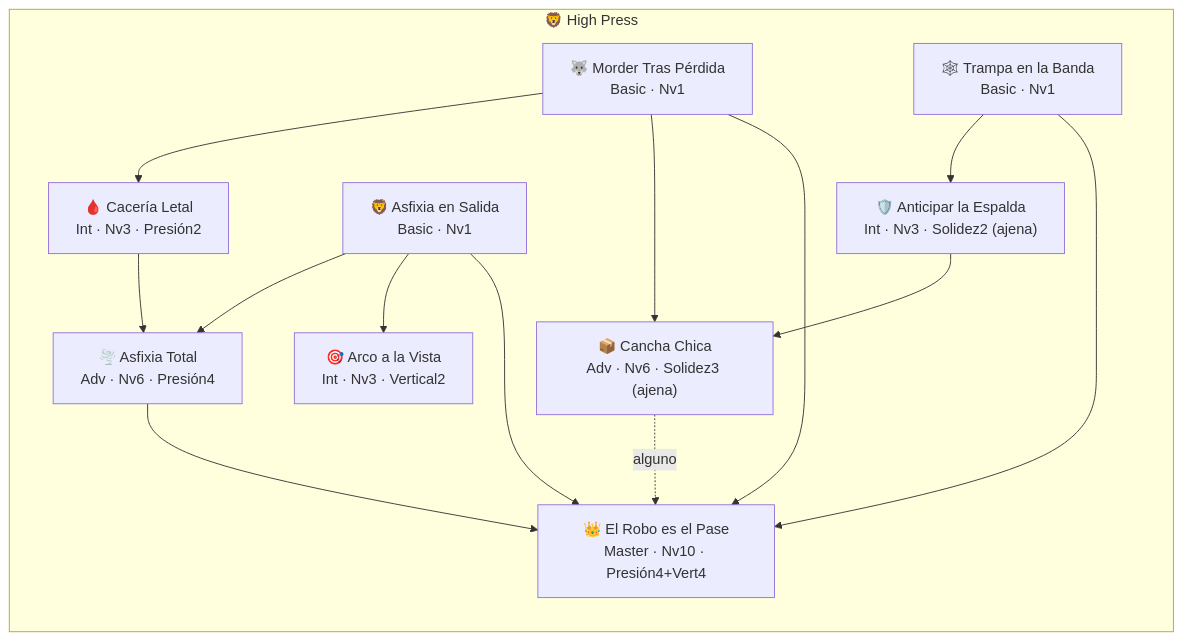
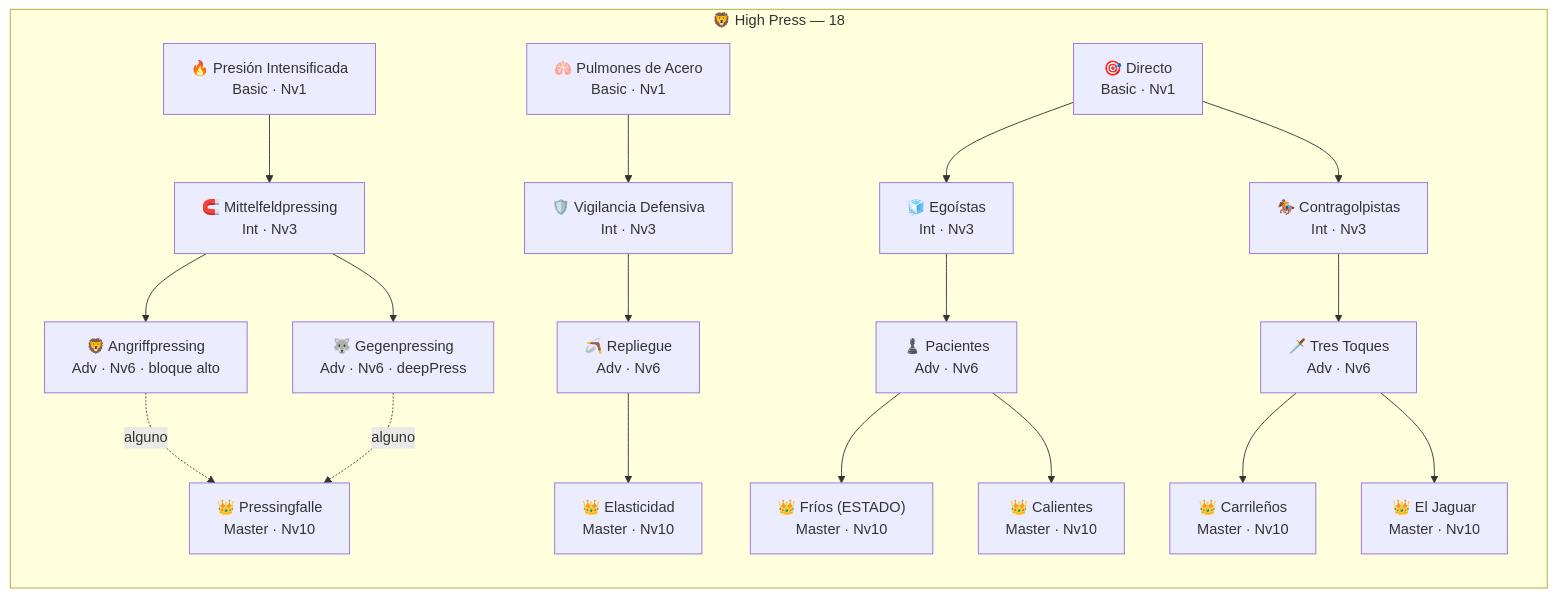
Before and after one commit to zeva04/wc-primelike: the first of 4 diagrams in docs/RASGOS-catalogo.md, drawn with Mermaid. The commit also changed other lines of this file and 14 other files, not shown here.

````diff
--- a/docs/RASGOS-catalogo.md
+++ b/docs/RASGOS-catalogo.md
@@ -158,25 +200,38 @@
 ```mermaid
 flowchart TD
-  subgraph PRESS["🦁 High Press"]
+  subgraph PRESS["🦁 High Press — 18"]
     direction TB
-    P1["🐺 Morder Tras Pérdida\nBasic · Nv1"]
-    P2["🕸️ Trampa en la Banda\nBasic · Nv1"]
-    P3["🦁 Asfixia en Salida\nBasic · Nv1"]
-    P4["🩸 Cacería Letal\nInt · Nv3 · Presión2"]
-    P5["🛡️ Anticipar la Espalda\nInt · Nv3 · Solidez2 (ajena)"]
-    P6["🎯 Arco a la Vista\nInt · Nv3 · Vertical2"]
-    P7["🌪️ Asfixia Total\nAdv · Nv6 · Presión4"]
-    P8["📦 Cancha Chica\nAdv · Nv6 · Solidez3 (ajena)"]
-    P9["👑 El Robo es el Pase\nMaster · Nv10 · Presión4+Vert4"]
-    P1 --> P4 --> P7
-    P3 --> P7
-    P2 --> P5 --> P8
-    P1 --> P8
-    P3 --> P6
-    P7 --> P9
-    P8 -.->|"alguno"| P9
-    P1 --> P9
-    P2 --> P9
-    P3 --> P9
+    P1["🔥 Presión Intensificada\nBasic · Nv1"]
+    P2["🧲 Mittelfeldpressing\nInt · Nv3"]
+    P3["🦁 Angriffpressing\nAdv · Nv6 · bloque alto"]
+    P4["🐺 Gegenpressing\nAdv · Nv6 · deepPress"]
+    P5["👑 Pressingfalle\nMaster · Nv10"]
+    P6["🫁 Pulmones de Acero\nBasic · Nv1"]
+    P7["🛡️ Vigilancia Defensiva\nInt · Nv3"]
+    P8["🪃 Repliegue\nAdv · Nv6"]
+    P9["👑 Elasticidad\nMaster · Nv10"]
+    P10["🎯 Directo\nBasic · Nv1"]
+    P11["🧊 Egoístas\nInt · Nv3"]
+    P12["🏇 Contragolpistas\nInt · Nv3"]
+    P13["♟️ Pacientes\nAdv · Nv6"]
+    P14["🗡️ Tres Toques\nAdv · Nv6"]
+    P15["👑 Fríos (ESTADO)\nMaster · Nv10"]
+    P16["👑 Calientes\nMaster · Nv10"]
+    P17["👑 Carrileños\nMaster · Nv10"]
+    P18["👑 El Jaguar\nMaster · Nv10"]
+    P1 --> P2
+    P2 --> P3
+    P2 --> P4
+    P3 -.->|"alguno"| P5
+    P4 -.->|"alguno"| P5
+    P6 --> P7 --> P8 --> P9
+    P10 --> P11
+    P10 --> P12
+    P11 --> P13
+    P12 --> P14
+    P13 --> P15
+    P13 --> P16
+    P14 --> P17
+    P14 --> P18
   end
 ```
````
